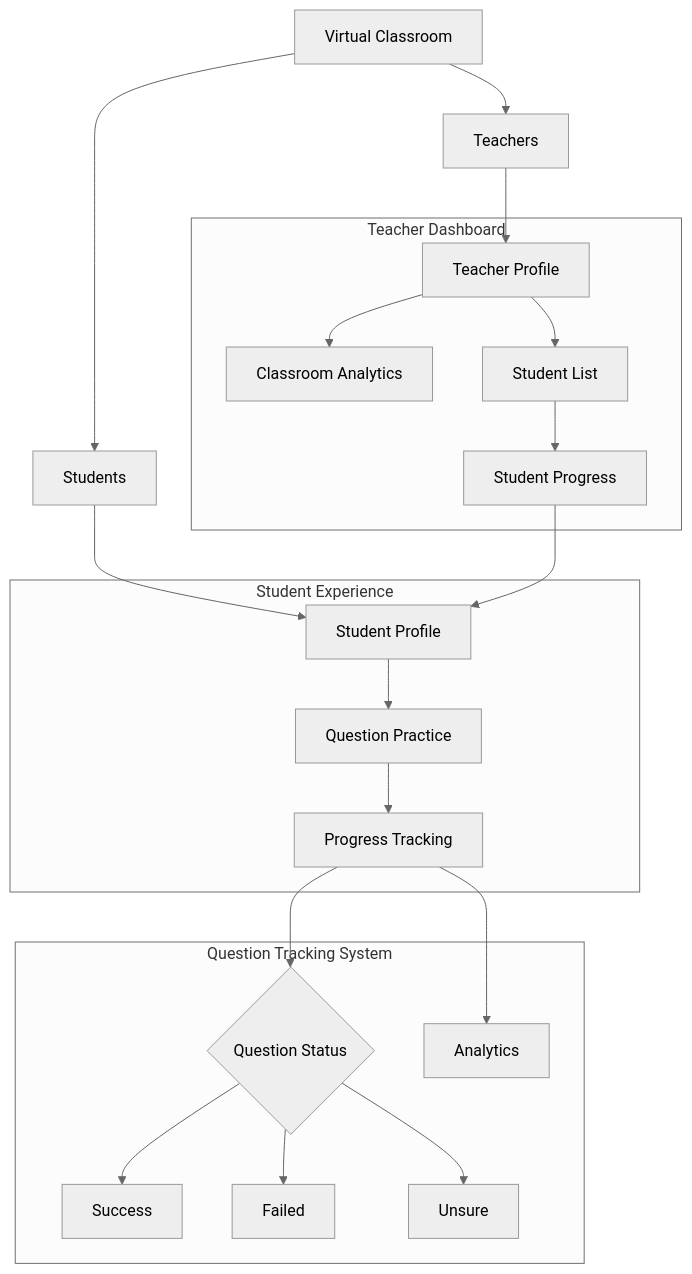
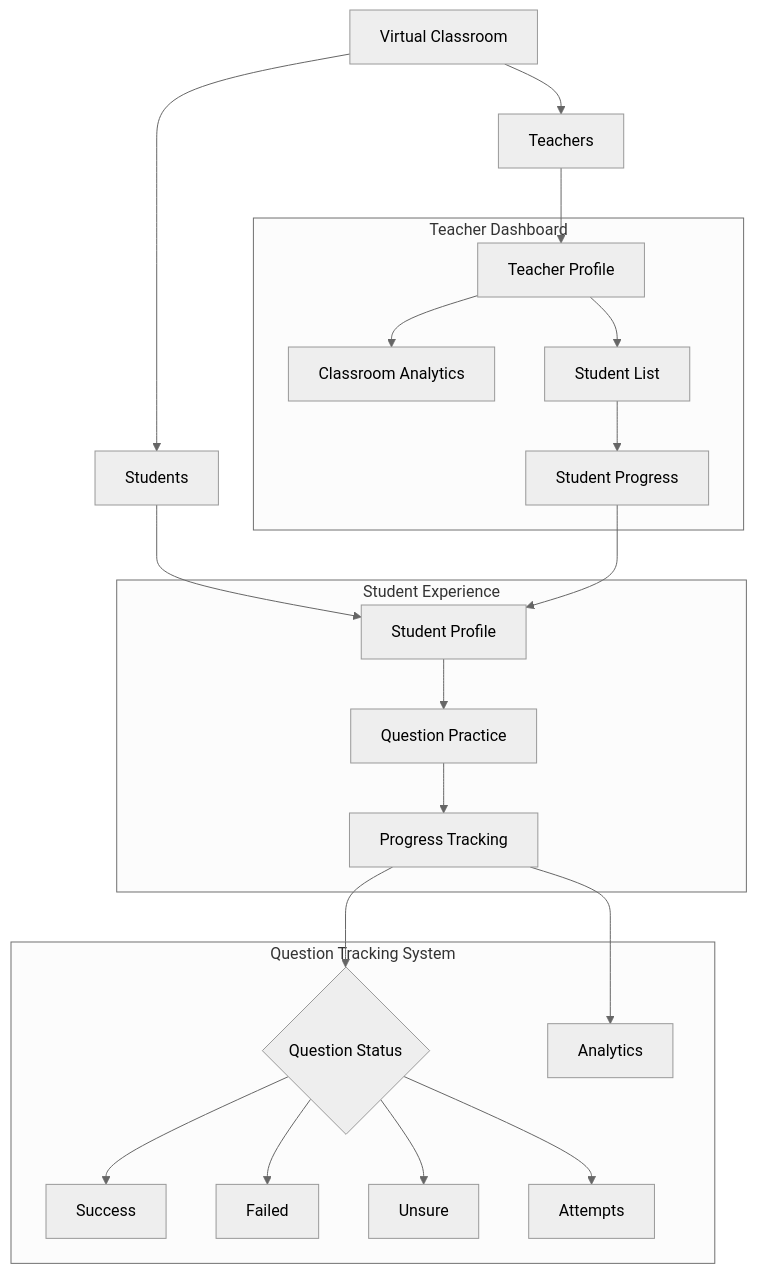
Before and after one commit to VladC12/aiva-learning-platform: the fifth of 5 diagrams in docs/architecture-overview.md, drawn with Mermaid (neutral theme). The commit also changed other lines of this file, not shown here.

Commit message:
feat: enhance architecture overview with detailed file storage and frontend organization

````diff
--- a/docs/architecture-overview.md
+++ b/docs/architecture-overview.md
@@ -175,32 +196,33 @@
 ```mermaid
 graph TD
     Room[Virtual Classroom] --> Teachers[Teachers]
     Room --> Students[Students]
 
     Teachers --> TeacherProfile
     Students --> StudentProfile
 
     subgraph "Teacher Dashboard"
         TeacherProfile[Teacher Profile] --> ClassStats[Classroom Analytics]
         TeacherProfile[Teacher Profile] --> StudentList[Student List]
         StudentList --> StudentProgress[Student Progress]
     end
 
     StudentProgress --> StudentProfile
 
     subgraph "Student Experience"
         StudentProfile[Student Profile] --> Questions[Question Practice]
         Questions --> TrackingSystem[Progress Tracking]
     end
 
     subgraph "Question Tracking System"
         TrackingSystem --> QStatus{Question Status}
         QStatus --> Success[Success]
         QStatus --> Failed[Failed]
         QStatus --> Unsure[Unsure]
+        QStatus --> Attempts[Attempts]
         
         TrackingSystem --> Analytics[Analytics]
     end
 
 
 ```
````
